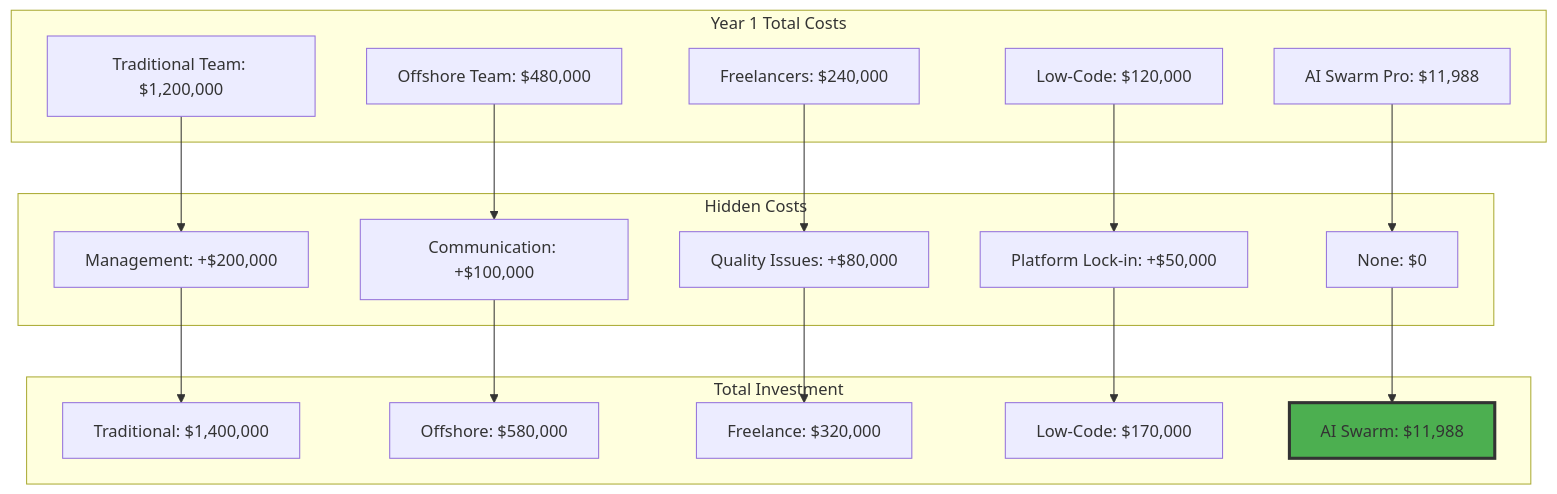
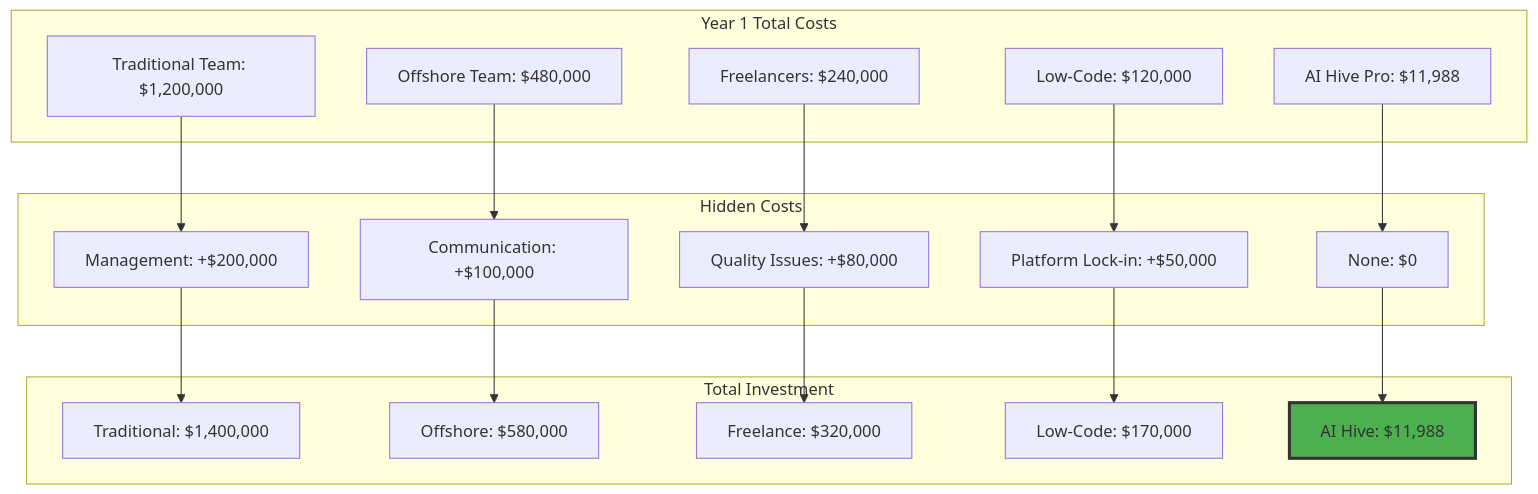
One commit to o2alexanderfedin/AI-Hive-Business-Docs changed the ninth of 10 diagrams in business-documents/competitive-positioning/05-pricing-strategy.md. Above: the diagram before and after it, drawn with Mermaid. The commit also changed other lines of this file and 22 other files, not shown here.

First line of the commit message:
Replace all references from 'AI Swarm' to 'AI Hive' across project

````diff
--- a/business-documents/competitive-positioning/05-pricing-strategy.md
+++ b/business-documents/competitive-positioning/05-pricing-strategy.md
@@ -440,34 +440,34 @@
 ```mermaid
 graph TD
     subgraph "Year 1 Total Costs"
         T1[Traditional Team: $1,200,000]
         T2[Offshore Team: $480,000]
         T3[Freelancers: $240,000]
         T4[Low-Code: $120,000]
-        T5[AI Swarm Pro: $11,988]
+        T5[AI Hive Pro: $11,988]
     end
 
     subgraph "Hidden Costs"
         H1[Management: +$200,000]
         H2[Communication: +$100,000]
         H3[Quality Issues: +$80,000]
         H4[Platform Lock-in: +$50,000]
         H5[None: $0]
     end
 
     subgraph "Total Investment"
         I1[Traditional: $1,400,000]
         I2[Offshore: $580,000]
         I3[Freelance: $320,000]
         I4[Low-Code: $170,000]
-        I5[AI Swarm: $11,988]
+        I5[AI Hive: $11,988]
     end
 
     T1 --> H1 --> I1
     T2 --> H2 --> I2
     T3 --> H3 --> I3
     T4 --> H4 --> I4
     T5 --> H5 --> I5
 
     style I5 fill:#4CAF50,stroke:#333,stroke-width:3px
 ```
````
